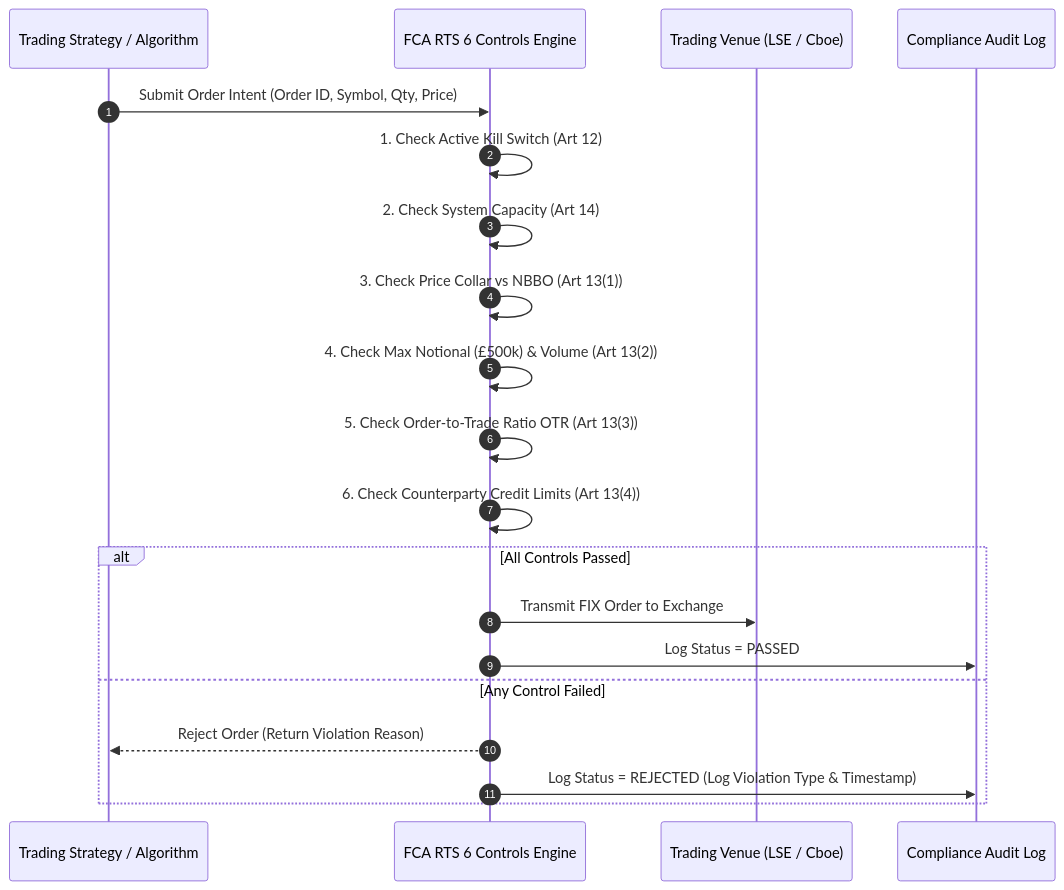
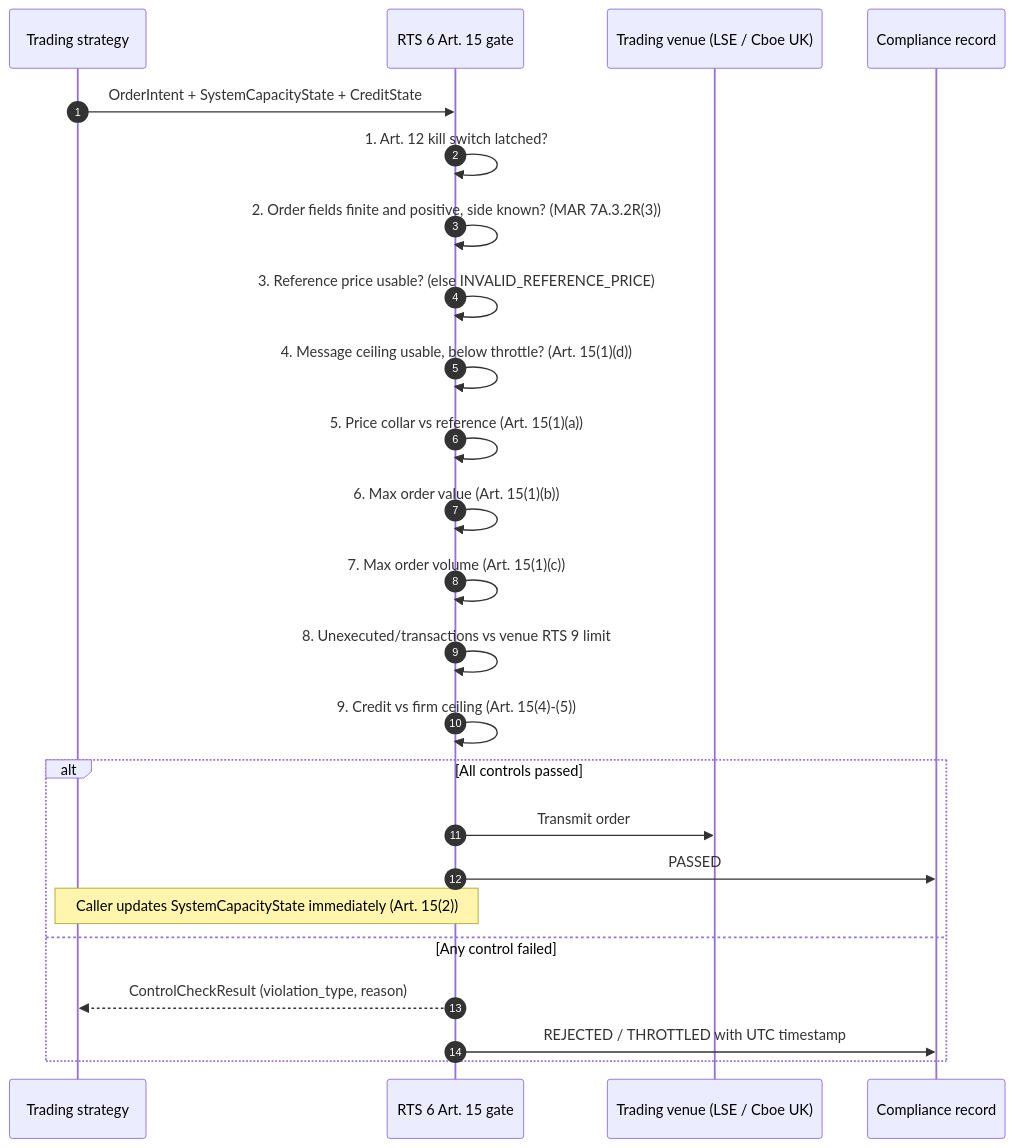
Before and after one commit to HimanshuJ16/Algo-Trading-Skills: the first of 3 diagrams in skills/uk-fca-algorithmic-trading-systems-controls/references/workflows.md, drawn with Mermaid. The commit also changed other lines of this file and 443 other files, not shown here.

````diff
--- a/skills/uk-fca-algorithmic-trading-systems-controls/references/workflows.md
+++ b/skills/uk-fca-algorithmic-trading-systems-controls/references/workflows.md
@@ -4,25 +8,28 @@
 ```mermaid
 sequenceDiagram
     autonumber
-    participant Algo as Trading Strategy / Algorithm
-    participant Engine as FCA RTS 6 Controls Engine
-    participant Venue as Trading Venue (LSE / Cboe)
-    participant Log as Compliance Audit Log
+    participant Algo as Trading strategy
+    participant Engine as RTS 6 Art. 15 gate
+    participant Venue as Trading venue (LSE / Cboe UK)
+    participant Log as Compliance record
 
-    Algo->>Engine: Submit Order Intent (Order ID, Symbol, Qty, Price)
-    
-    Engine->>Engine: 1. Check Active Kill Switch (Art 12)
-    Engine->>Engine: 2. Check System Capacity (Art 14)
-    Engine->>Engine: 3. Check Price Collar vs NBBO (Art 13(1))
-    Engine->>Engine: 4. Check Max Notional (£500k) & Volume (Art 13(2))
-    Engine->>Engine: 5. Check Order-to-Trade Ratio OTR (Art 13(3))
-    Engine->>Engine: 6. Check Counterparty Credit Limits (Art 13(4))
+    Algo->>Engine: OrderIntent + SystemCapacityState + CreditState
+    Engine->>Engine: 1. Art. 12 kill switch latched?
+    Engine->>Engine: 2. Order fields finite and positive, side known? (MAR 7A.3.2R(3))
+    Engine->>Engine: 3. Reference price usable? (else INVALID_REFERENCE_PRICE)
+    Engine->>Engine: 4. Message ceiling usable, below throttle? (Art. 15(1)(d))
+    Engine->>Engine: 5. Price collar vs reference (Art. 15(1)(a))
+    Engine->>Engine: 6. Max order value (Art. 15(1)(b))
+    Engine->>Engine: 7. Max order volume (Art. 15(1)(c))
+    Engine->>Engine: 8. Unexecuted/transactions vs venue RTS 9 limit
+    Engine->>Engine: 9. Credit vs firm ceiling (Art. 15(4)-(5))
 
-    alt All Controls Passed
-        Engine->>Venue: Transmit FIX Order to Exchange
-        Engine->>Log: Log Status = PASSED
-    else Any Control Failed
-        Engine-->>Algo: Reject Order (Return Violation Reason)
-        Engine->>Log: Log Status = REJECTED (Log Violation Type & Timestamp)
+    alt All controls passed
+        Engine->>Venue: Transmit order
+        Engine->>Log: PASSED
+        Note over Algo,Engine: Caller updates SystemCapacityState immediately (Art. 15(2))
+    else Any control failed
+        Engine-->>Algo: ControlCheckResult (violation_type, reason)
+        Engine->>Log: REJECTED / THROTTLED with UTC timestamp
     end
 ```
````
